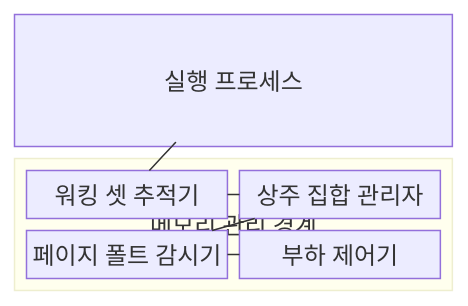
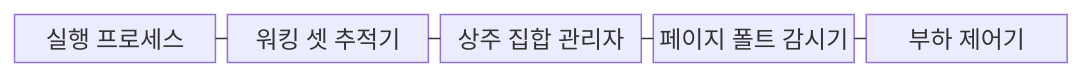
One commit to agnusdei1207/knowledge-base changed the second of 3 diagrams in src/content/docs/notes/03-software/014_virtual_memory_thrashing.md. Above: the diagram before and after it, drawn with Mermaid. The commit also changed other lines of this file and 493 other files, not shown here.

````diff
--- a/src/content/docs/notes/03-software/014_virtual_memory_thrashing.md
+++ b/src/content/docs/notes/03-software/014_virtual_memory_thrashing.md
@@ -77,16 +77,9 @@
 ```mermaid
-block
-    columns 1
-    P["실행 프로세스"]
-    block:M["메모리 관리 경계"]
-        columns 2
-        W["워킹 셋 추적기"]
-        R["상주 집합 관리자"]
-        F["페이지 폴트 감시기"]
-        L["부하 제어기"]
-    end
-    P --- W
-    W --- R
-    R --- F
-    F --- L
+block-beta
+  columns 5
+  P["실행 프로세스"] W["워킹 셋 추적기"] R["상주 집합 관리자"] F["페이지 폴트 감시기"] L["부하 제어기"]
+  P --- W
+  W --- R
+  R --- F
+  F --- L
 ```
````
